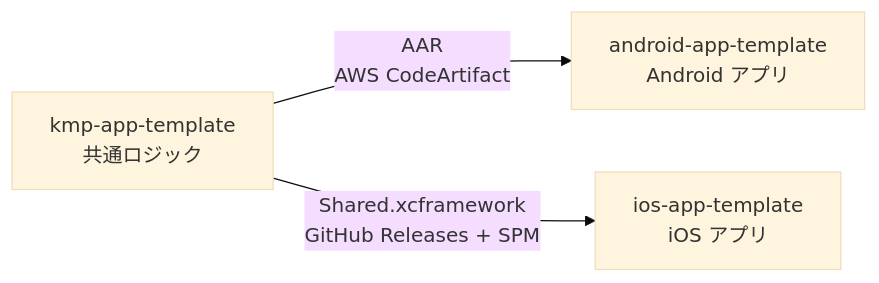
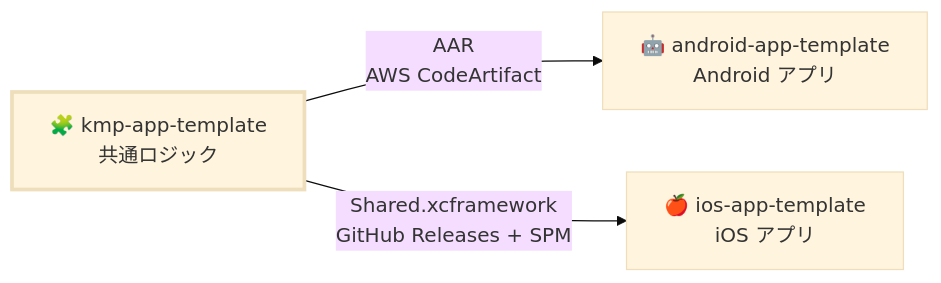
Before and after one commit to yossibank/kmp-app-template: the first of 2 diagrams in README.md, drawn with Mermaid (base theme). The commit also changed other lines of this file and 1 other file, not shown here.

Commit message:
Organize the README and CLAUDE.md with tables, diagrams and alerts

````diff
--- a/README.md
+++ b/README.md
@@ -48,8 +50,9 @@
 ```mermaid
 flowchart LR
-    KMP["kmp-app-template<br/>共通ロジック"]
-    AND["android-app-template<br/>Android アプリ"]
-    IOS["ios-app-template<br/>iOS アプリ"]
+    KMP["🧩 kmp-app-template<br/>共通ロジック"]
+    AND["🤖 android-app-template<br/>Android アプリ"]
+    IOS["🍎 ios-app-template<br/>iOS アプリ"]
     KMP -->|"AAR<br/>AWS CodeArtifact"| AND
     KMP -->|"Shared.xcframework<br/>GitHub Releases + SPM"| IOS
+    style KMP stroke-width:3px
 ```
````
